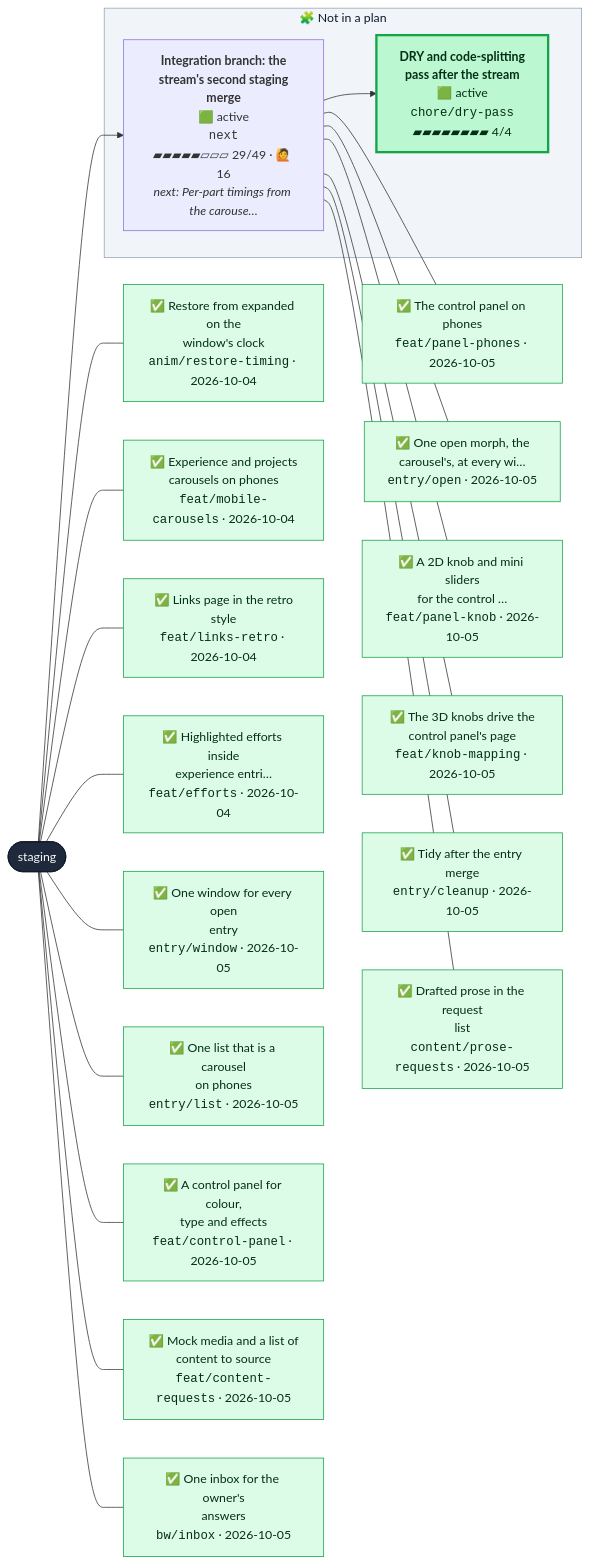
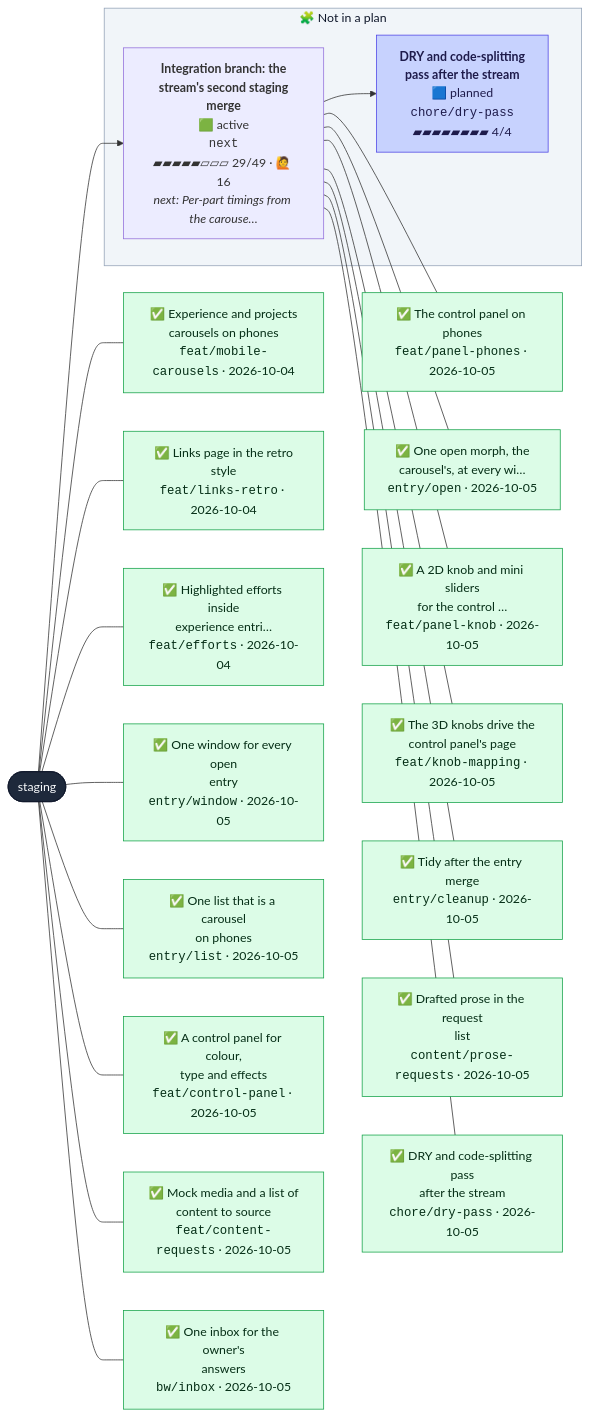
One commit to henryjonescodes/portfolio changed the second of 2 diagrams in CONTRIBUTING.md. Above: the diagram before and after it, drawn with Mermaid. The commit also changed other lines of this file, not shown here.

````diff
--- a/CONTRIBUTING.md
+++ b/CONTRIBUTING.md
@@ -54,68 +54,68 @@
 ```mermaid
 flowchart LR
   n_staging([staging])
   class n_staging trunk
   subgraph loose["🧩 Not in a plan"]
-    n_chore_dry_pass["<b>DRY and code-splitting<br/>pass after the stream</b><br/>🟩 active<br/><code>chore/dry-pass</code><br/>▰▰▰▰▰▰▰▰ 4/4"]
-    class n_chore_dry_pass active
+    n_chore_dry_pass["<b>DRY and code-splitting<br/>pass after the stream</b><br/>🟦 planned<br/><code>chore/dry-pass</code><br/>▰▰▰▰▰▰▰▰ 4/4"]
+    class n_chore_dry_pass planned
     n_next["<b>Integration branch: the<br/>stream's second staging<br/>merge</b><br/>🟩 active<br/><code>next</code><br/>▰▰▰▰▰▱▱▱ 29/49 · 🙋 16<br/><i>next: Per-part timings from the carouse…</i>"]
     class n_next active,current
   end
   style loose fill:#f1f5f9,stroke:#94a3b8,color:#0f172a
   n_next --> n_chore_dry_pass
   n_staging --> n_next
-  landed_0["✅ Restore from expanded on the<br/>window's clock<br/><code>anim/restore-timing</code> · 2026-10-04"]
+  landed_0["✅ Experience and projects<br/>carousels on phones<br/><code>feat/mobile-carousels</code> · 2026-10-04"]
   class landed_0 merged
   n_staging --- landed_0
-  landed_1["✅ Experience and projects<br/>carousels on phones<br/><code>feat/mobile-carousels</code> · 2026-10-04"]
+  landed_1["✅ Links page in the retro<br/>style<br/><code>feat/links-retro</code> · 2026-10-04"]
   class landed_1 merged
   n_staging --- landed_1
-  landed_2["✅ Links page in the retro<br/>style<br/><code>feat/links-retro</code> · 2026-10-04"]
+  landed_2["✅ Highlighted efforts inside<br/>experience entri…<br/><code>feat/efforts</code> · 2026-10-04"]
   class landed_2 merged
   n_staging --- landed_2
-  landed_3["✅ Highlighted efforts inside<br/>experience entri…<br/><code>feat/efforts</code> · 2026-10-04"]
+  landed_3["✅ One window for every open<br/>entry<br/><code>entry/window</code> · 2026-10-05"]
   class landed_3 merged
   n_staging --- landed_3
-  landed_4["✅ One window for every open<br/>entry<br/><code>entry/window</code> · 2026-10-05"]
+  landed_4["✅ One list that is a carousel<br/>on phones<br/><code>entry/list</code> · 2026-10-05"]
   class landed_4 merged
   n_staging --- landed_4
-  landed_5["✅ One list that is a carousel<br/>on phones<br/><code>entry/list</code> · 2026-10-05"]
+  landed_5["✅ A control panel for colour,<br/>type and effects<br/><code>feat/control-panel</code> · 2026-10-05"]
   class landed_5 merged
   n_staging --- landed_5
-  landed_6["✅ A control panel for colour,<br/>type and effects<br/><code>feat/control-panel</code> · 2026-10-05"]
+  landed_6["✅ Mock media and a list of<br/>content to source<br/><code>feat/content-requests</code> · 2026-10-05"]
   class landed_6 merged
   n_staging --- landed_6
-  landed_7["✅ Mock media and a list of<br/>content to source<br/><code>feat/content-requests</code> · 2026-10-05"]
+  landed_7["✅ One inbox for the owner's<br/>answers<br/><code>bw/inbox</code> · 2026-10-05"]
   class landed_7 merged
   n_staging --- landed_7
-  landed_8["✅ One inbox for the owner's<br/>answers<br/><code>bw/inbox</code> · 2026-10-05"]
+  landed_8["✅ The control panel on phones<br/><code>feat/panel-phones</code> · 2026-10-05"]
   class landed_8 merged
-  n_staging --- landed_8
-  landed_9["✅ The control panel on phones<br/><code>feat/panel-phones</code> · 2026-10-05"]
+  n_next --- landed_8
+  landed_9["✅ One open morph, the<br/>carousel's, at every wi…<br/><code>entry/open</code> · 2026-10-05"]
   class landed_9 merged
   n_next --- landed_9
-  landed_10["✅ One open morph, the<br/>carousel's, at every wi…<br/><code>entry/open</code> · 2026-10-05"]
+  landed_10["✅ A 2D knob and mini sliders<br/>for the control …<br/><code>feat/panel-knob</code> · 2026-10-05"]
   class landed_10 merged
   n_next --- landed_10
-  landed_11["✅ A 2D knob and mini sliders<br/>for the control …<br/><code>feat/panel-knob</code> · 2026-10-05"]
+  landed_11["✅ The 3D knobs drive the<br/>control panel's page<br/><code>feat/knob-mapping</code> · 2026-10-05"]
   class landed_11 merged
   n_next --- landed_11
-  landed_12["✅ The 3D knobs drive the<br/>control panel's page<br/><code>feat/knob-mapping</code> · 2026-10-05"]
+  landed_12["✅ Tidy after the entry merge<br/><code>entry/cleanup</code> · 2026-10-05"]
   class landed_12 merged
   n_next --- landed_12
-  landed_13["✅ Tidy after the entry merge<br/><code>entry/cleanup</code> · 2026-10-05"]
+  landed_13["✅ Drafted prose in the request<br/>list<br/><code>content/prose-requests</code> · 2026-10-05"]
   class landed_13 merged
   n_next --- landed_13
-  landed_14["✅ Drafted prose in the request<br/>list<br/><code>content/prose-requests</code> · 2026-10-05"]
+  landed_14["✅ DRY and code-splitting pass<br/>after the stream<br/><code>chore/dry-pass</code> · 2026-10-05"]
   class landed_14 merged
   n_next --- landed_14
   classDef merged fill:#dcfce7,stroke:#16a34a,color:#052e16
   classDef todo fill:#ffffff,stroke:#94a3b8,stroke-dasharray:2 2,color:#334155
   classDef planned fill:#c7d2fe,stroke:#4f46e5,color:#1e1b4b
   classDef sketched fill:#f8fafc,stroke:#64748b,stroke-dasharray:4 3,color:#334155
   classDef active fill:#bbf7d0,stroke:#16a34a,stroke-width:3px,color:#052e16
   classDef review fill:#fde68a,stroke:#d97706,stroke-width:3px,color:#451a03
   classDef blocked fill:#fecaca,stroke:#dc2626,stroke-width:3px,color:#450a0a
   classDef trunk fill:#1e293b,stroke:#0f172a,color:#f8fafc
   classDef current stroke:#0ea5e9,stroke-width:5px
 ```
````
